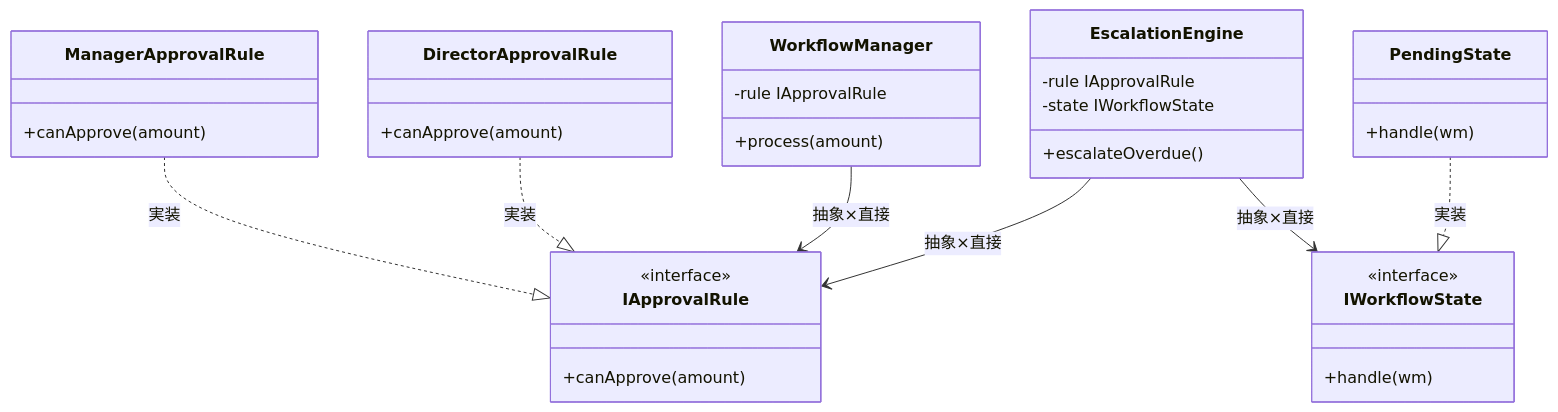
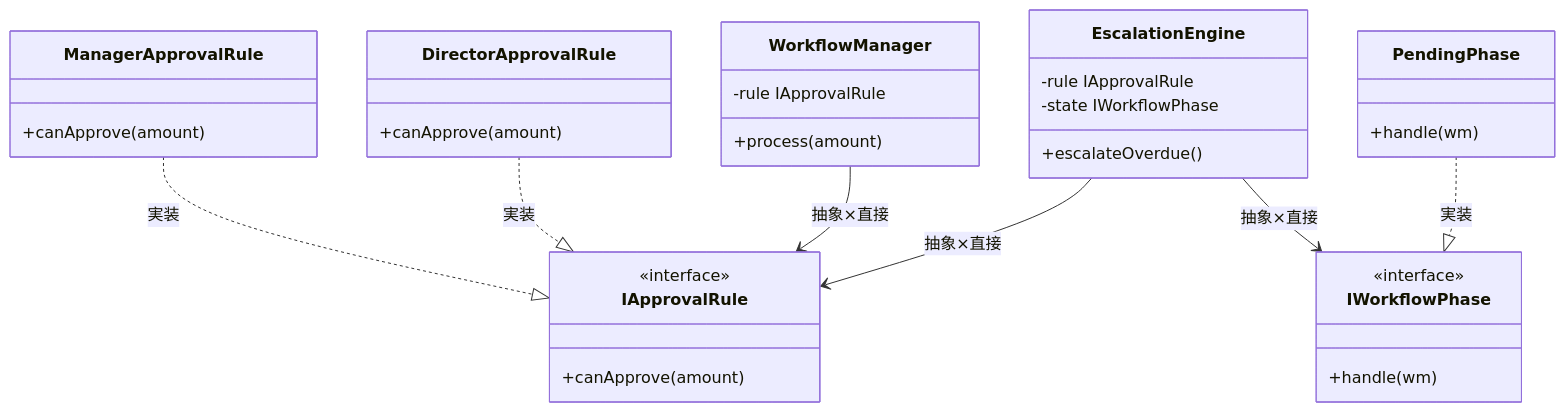
One commit to kumachan1101-pixel/DesignPattern changed the fifth of 10 diagrams in kindle/design-patterns/output/chapter12.md. Above: the diagram before and after it, drawn with Mermaid. The commit also changed other lines of this file, not shown here.

````diff
--- a/kindle/design-patterns/output/chapter12.md
+++ b/kindle/design-patterns/output/chapter12.md
@@ -654,35 +654,35 @@
 ```mermaid
 classDiagram
     class IApprovalRule {
         <<interface>>
         +canApprove(amount)
     }
-    class IWorkflowState {
+    class IWorkflowPhase {
         <<interface>>
         +handle(wm)
     }
     class WorkflowManager {
         -rule IApprovalRule
         +process(amount)
     }
     class EscalationEngine {
         -rule IApprovalRule
-        -state IWorkflowState
+        -state IWorkflowPhase
         +escalateOverdue()
     }
     class ManagerApprovalRule {
         +canApprove(amount)
     }
     class DirectorApprovalRule {
         +canApprove(amount)
     }
-    class PendingState {
+    class PendingPhase {
         +handle(wm)
     }
     ManagerApprovalRule ..|> IApprovalRule : 実装
     DirectorApprovalRule ..|> IApprovalRule : 実装
-    PendingState ..|> IWorkflowState : 実装
+    PendingPhase ..|> IWorkflowPhase : 実装
     WorkflowManager --> IApprovalRule : 抽象×直接
     EscalationEngine --> IApprovalRule : 抽象×直接
-    EscalationEngine --> IWorkflowState : 抽象×直接
+    EscalationEngine --> IWorkflowPhase : 抽象×直接
 ```
````
